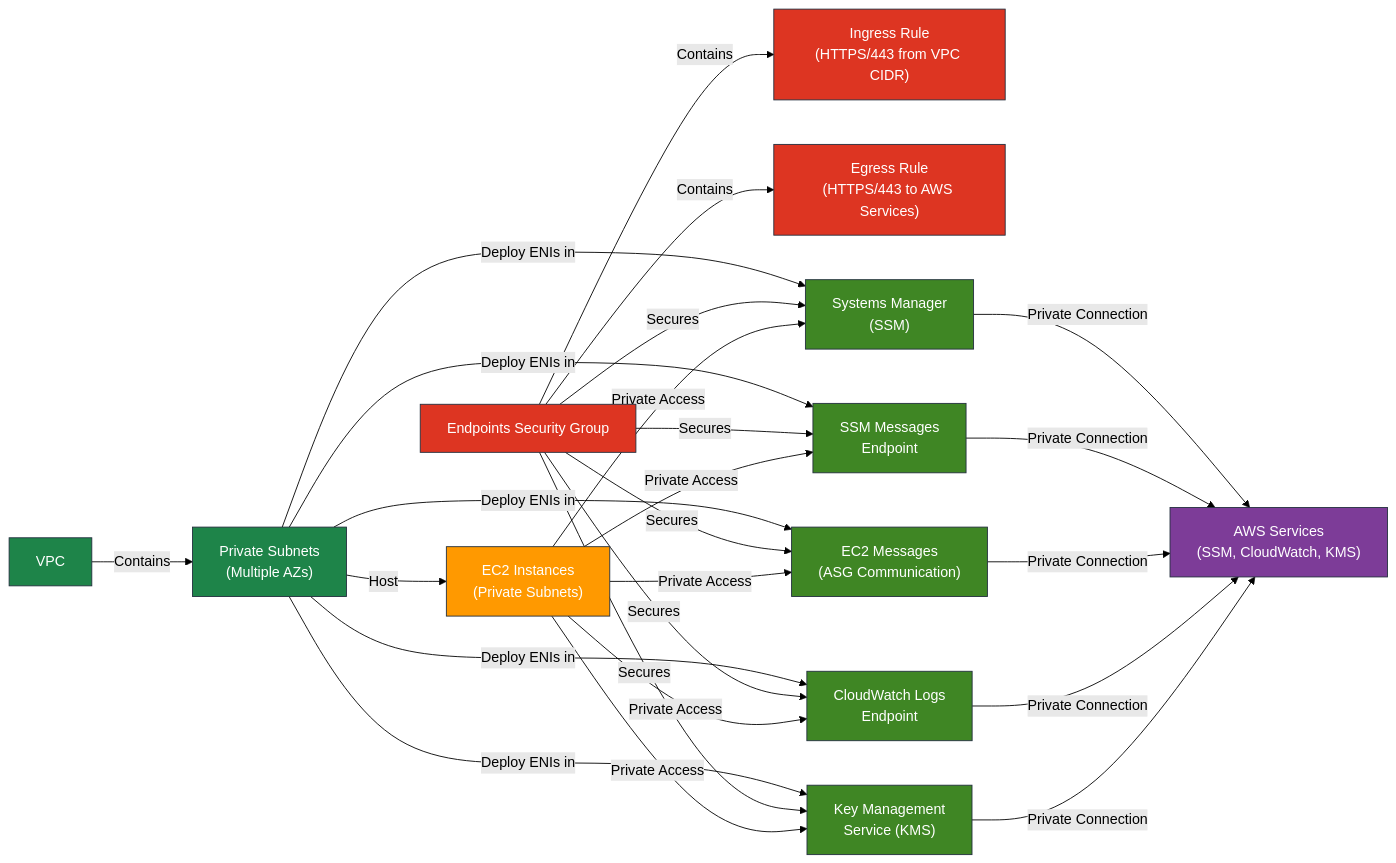
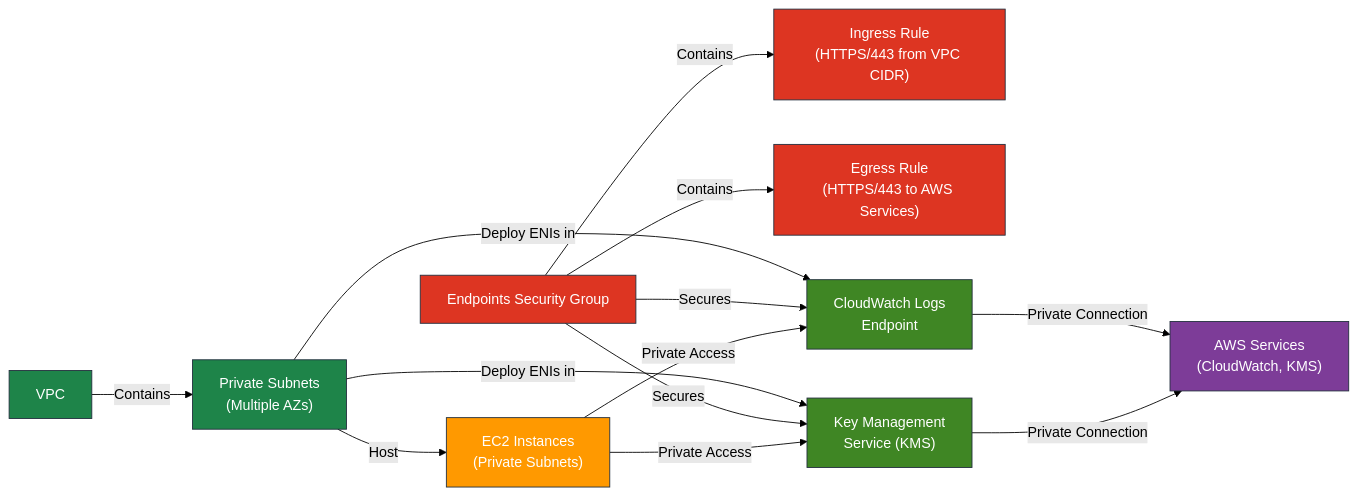
Before and after one commit to hetmanskyi-cloud/AWS: the diagram in terraform/modules/interface_endpoints/README.md, drawn with Mermaid (forest theme). The commit also changed other lines of this file and 18 other files, not shown here.

````diff
--- a/terraform/modules/interface_endpoints/README.md
+++ b/terraform/modules/interface_endpoints/README.md
@@ -59,68 +57,53 @@
 ```mermaid
 graph LR
     %% Main Components
     VPC["VPC"]
     PrivateSubnets["Private Subnets<br>(Multiple AZs)"]
     EC2["EC2 Instances<br>(Private Subnets)"]
-    AWSServices["AWS Services<br>(SSM, CloudWatch, KMS)"]
+    AWSServices["AWS Services<br>(CloudWatch, KMS)"]
 
     %% Security Components
     EndpointsSG["Endpoints Security Group"]
     IngressRule["Ingress Rule<br>(HTTPS/443 from VPC CIDR)"]
     EgressRule["Egress Rule<br>(HTTPS/443 to AWS Services)"]
 
     %% VPC Endpoints
-    SSM["Systems Manager<br>(SSM)"]
-    SSMMessages["SSM Messages<br>Endpoint"]
-    EC2Messages["EC2 Messages<br>(ASG Communication)"]
     CWLogs["CloudWatch Logs<br>Endpoint"]
     KMS["Key Management<br>Service (KMS)"]
 
     %% Network Structure
     VPC -->|"Contains"| PrivateSubnets
     PrivateSubnets -->|"Host"| EC2
 
     %% Security Connections
     EndpointsSG -->|"Contains"| IngressRule
     EndpointsSG -->|"Contains"| EgressRule
 
     %% Endpoint Deployments
-    PrivateSubnets -->|"Deploy ENIs in"| SSM
-    PrivateSubnets -->|"Deploy ENIs in"| SSMMessages
-    PrivateSubnets -->|"Deploy ENIs in"| EC2Messages
     PrivateSubnets -->|"Deploy ENIs in"| CWLogs
     PrivateSubnets -->|"Deploy ENIs in"| KMS
 
     %% Security Group Application
-    EndpointsSG -->|"Secures"| SSM
-    EndpointsSG -->|"Secures"| SSMMessages
-    EndpointsSG -->|"Secures"| EC2Messages
     EndpointsSG -->|"Secures"| CWLogs
     EndpointsSG -->|"Secures"| KMS
 
     %% Service Connections
-    EC2 -->|"Private Access"| SSM
-    EC2 -->|"Private Access"| SSMMessages
-    EC2 -->|"Private Access"| EC2Messages
     EC2 -->|"Private Access"| CWLogs
     EC2 -->|"Private Access"| KMS
 
-    SSM -->|"Private Connection"| AWSServices
-    SSMMessages -->|"Private Connection"| AWSServices
-    EC2Messages -->|"Private Connection"| AWSServices
     CWLogs -->|"Private Connection"| AWSServices
     KMS -->|"Private Connection"| AWSServices
 
     %% Styling
     classDef aws fill:#FF9900,stroke:#232F3E,color:white;
     classDef security fill:#DD3522,stroke:#232F3E,color:white;
     classDef network fill:#1E8449,stroke:#232F3E,color:white;
     classDef endpoints fill:#3F8624,stroke:#232F3E,color:white;
     classDef awscloud fill:#7D3C98,stroke:#232F3E,color:white;
 
     class EC2,AWSServices aws;
     class EndpointsSG,IngressRule,EgressRule security;
     class VPC,PrivateSubnets network;
-    class SSM,SSMMessages,EC2Messages,CWLogs,KMS endpoints;
+    class CWLogs,KMS endpoints;
     class AWSServices awscloud;
 ```
````
